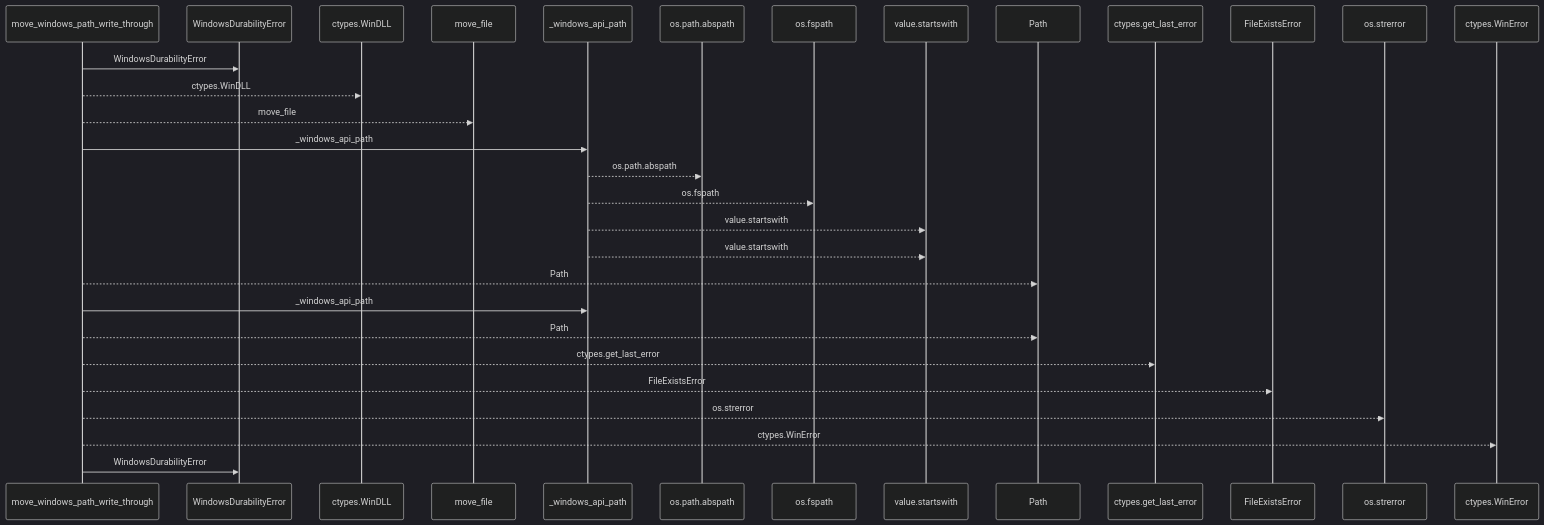
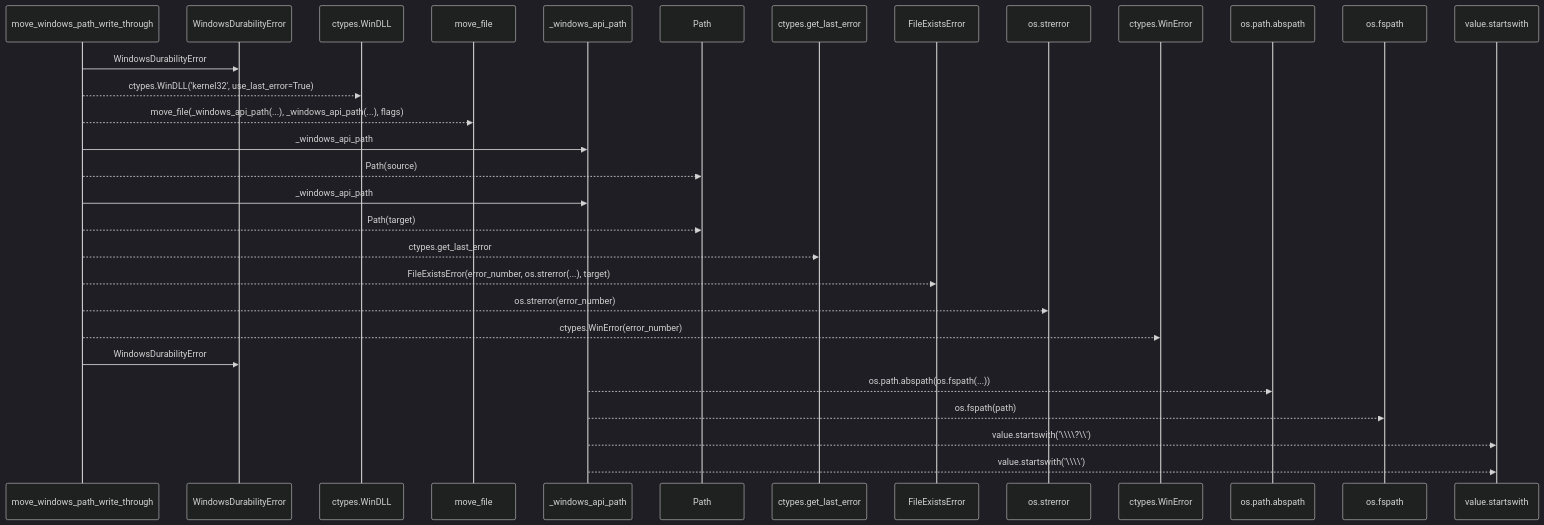
The first of 2 diagrams in docs/llm_wiki/flows/api-move_windows_path_write_through.md (Denissvgn/python-wiki-llm), drawn with Mermaid (dark theme) before and after one commit. The commit also changed other lines of this file and 1410 other files, not shown here.

````diff
--- a/docs/llm_wiki/flows/api-move_windows_path_write_through.md
+++ b/docs/llm_wiki/flows/api-move_windows_path_write_through.md
@@ -10,32 +12,32 @@
 ```mermaid
 sequenceDiagram
     participant p0 as move_windows_path_write_through
     participant p1 as WindowsDurabilityError
     participant p2 as ctypes.WinDLL
     participant p3 as move_file
     participant p4 as _windows_api_path
-    participant p5 as os.path.abspath
-    participant p6 as os.fspath
-    participant p7 as value.startswith
-    participant p8 as Path
-    participant p9 as ctypes.get_last_error
-    participant p10 as FileExistsError
-    participant p11 as os.strerror
-    participant p12 as ctypes.WinError
+    participant p5 as Path
+    participant p6 as ctypes.get_last_error
+    participant p7 as FileExistsError
+    participant p8 as os.strerror
+    participant p9 as ctypes.WinError
+    participant p10 as os.path.abspath
+    participant p11 as os.fspath
+    participant p12 as value.startswith
     p0->>p1: WindowsDurabilityError
-    p0-->>p2: ctypes.WinDLL
-    p0-->>p3: move_file
+    p0-->>p2: ctypes.WinDLL('kernel32', use_last_error=True)
+    p0-->>p3: move_file(_windows_api_path(...), _windows_api_path(...), flags)
     p0->>p4: _windows_api_path
-    p4-->>p5: os.path.abspath
-    p4-->>p6: os.fspath
-    p4-->>p7: value.startswith
-    p4-->>p7: value.startswith
-    p0-->>p8: Path
+    p0-->>p5: Path(source)
     p0->>p4: _windows_api_path
-    p0-->>p8: Path
-    p0-->>p9: ctypes.get_last_error
-    p0-->>p10: FileExistsError
-    p0-->>p11: os.strerror
-    p0-->>p12: ctypes.WinError
+    p0-->>p5: Path(target)
+    p0-->>p6: ctypes.get_last_error
+    p0-->>p7: FileExistsError(error_number, os.strerror(...), target)
+    p0-->>p8: os.strerror(error_number)
+    p0-->>p9: ctypes.WinError(error_number)
     p0->>p1: WindowsDurabilityError
+    p4-->>p10: os.path.abspath(os.fspath(...))
+    p4-->>p11: os.fspath(path)
+    p4-->>p12: value.startswith('\\\\?\\')
+    p4-->>p12: value.startswith('\\\\')
 ```
````
